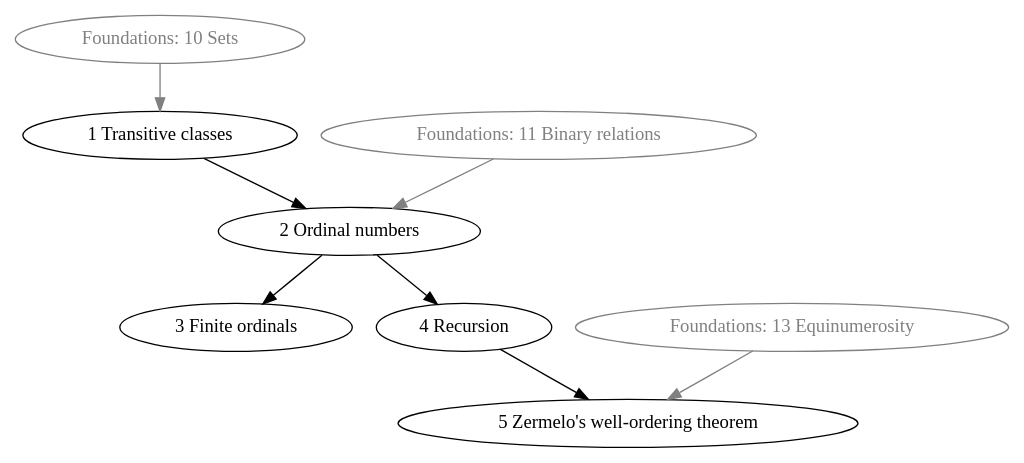
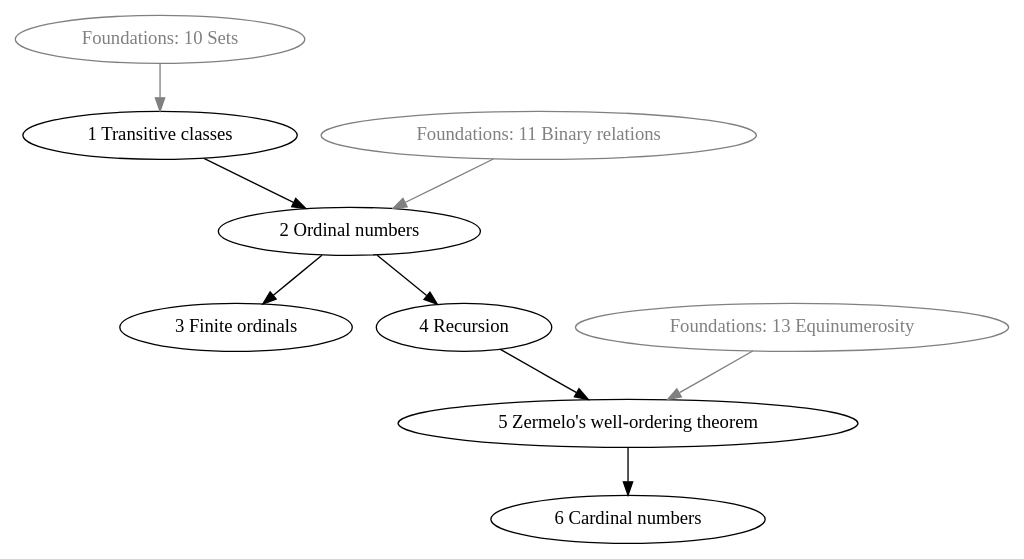
The diagram in examples/set-theory/dependency-graph/graph.dot (naproche/naproche), drawn with Graphviz before and after one commit. The commit also changed 4 other files, not shown here.

Commit message:
Set theory: Add chapter about cardinals

```diff
--- a/examples/set-theory/dependency-graph/graph.dot
+++ b/examples/set-theory/dependency-graph/graph.dot
@@ -1,20 +1,22 @@
 digraph Sections {
 
     foundations_10 [label = "Foundations: 10 Sets", color = "gray", fontcolor = "gray"]
     foundations_11 [label = "Foundations: 11 Binary relations", color = "gray", fontcolor = "gray"]
     foundations_13 [label = "Foundations: 13 Equinumerosity", color = "gray", fontcolor = "gray"]
 
     set_theory_01 [label = "1 Transitive classes"]
     set_theory_02 [label = "2 Ordinal numbers"]
     set_theory_03 [label = "3 Finite ordinals"]
     set_theory_04 [label = "4 Recursion"]
     set_theory_05 [label = "5 Zermelo's well-ordering theorem"]
+    set_theory_06 [label = "6 Cardinal numbers"]
 
     foundations_10  -> set_theory_01    [color = "gray"]
     foundations_11  -> set_theory_02    [color = "gray"]
     set_theory_01   -> set_theory_02
     set_theory_02   -> set_theory_03
     set_theory_02   -> set_theory_04
     foundations_13  -> set_theory_05    [color = "gray"]
     set_theory_04   -> set_theory_05
+    set_theory_05   -> set_theory_06
 }
```
